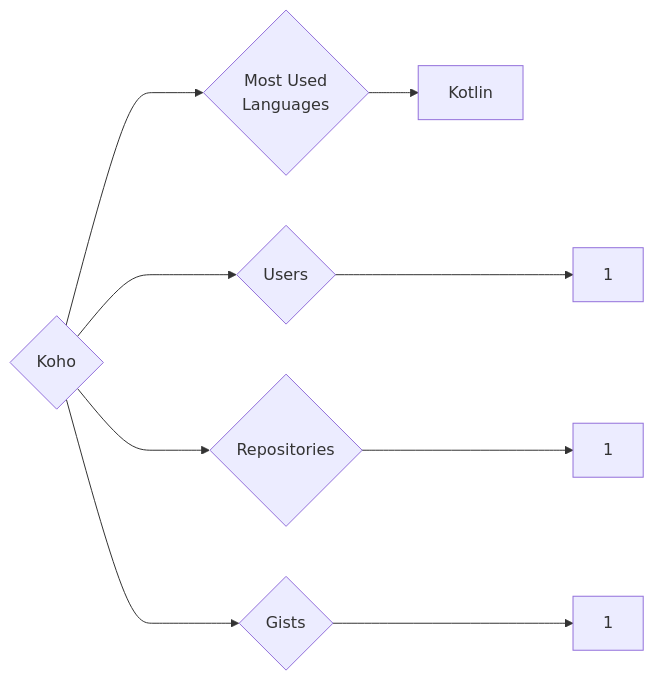
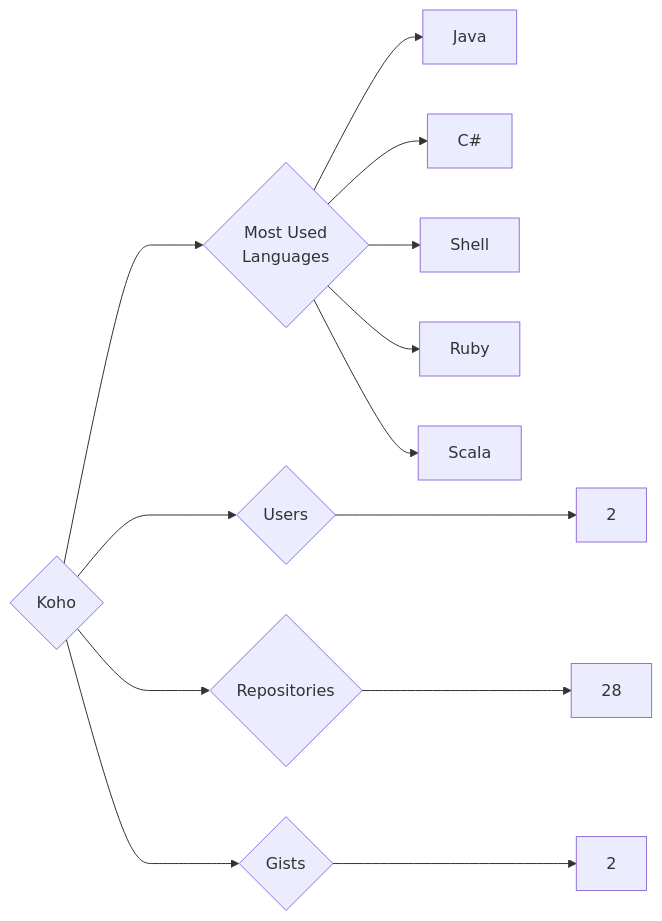
One commit to trickest/insiders changed the diagram in targets/Koho/README.md. Above: the diagram before and after it, drawn with Mermaid. The commit also changed 826 other files, not shown here.

````diff
--- a/targets/Koho/README.md
+++ b/targets/Koho/README.md
@@ -3,9 +3,13 @@
 ```mermaid
 graph LR
 COMPANY_NAME{Koho}
-COMPANY_NAME ---> U{Users} ---> UN[1]
-COMPANY_NAME ---> R{Repositories} ---> RN[1]
-COMPANY_NAME ---> G{Gists} ---> GN[1]
+COMPANY_NAME ---> U{Users} ---> UN[2]
+COMPANY_NAME ---> R{Repositories} ---> RN[28]
+COMPANY_NAME ---> G{Gists} ---> GN[2]
 COMPANY_NAME ---> ML{Most Used<br>Languages}
-ML --> Kotlin[Kotlin]
+ML --> Java[Java]
+ML --> C#[C#]
+ML --> Shell[Shell]
+ML --> Ruby[Ruby]
+ML --> Scala[Scala]
 ```
````
